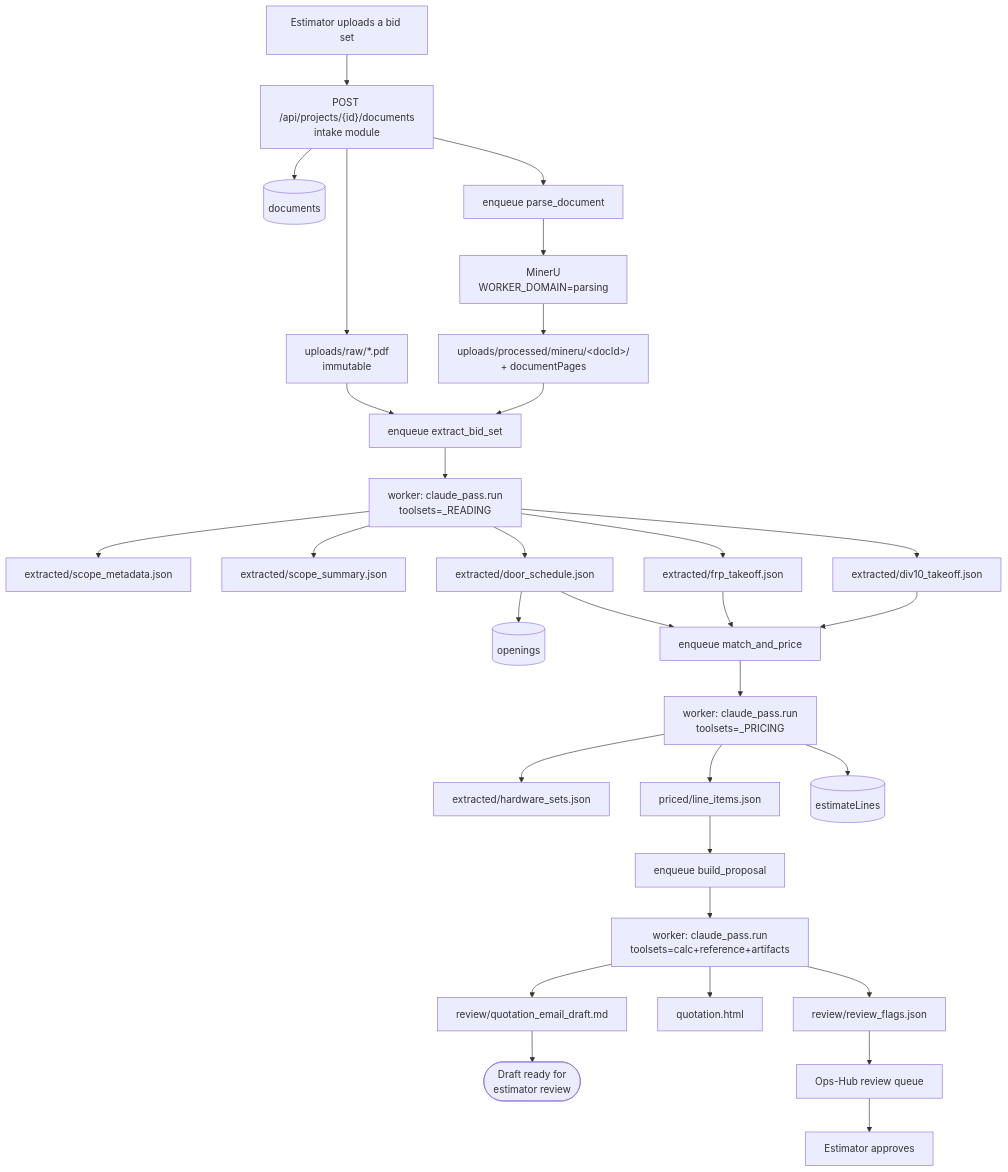
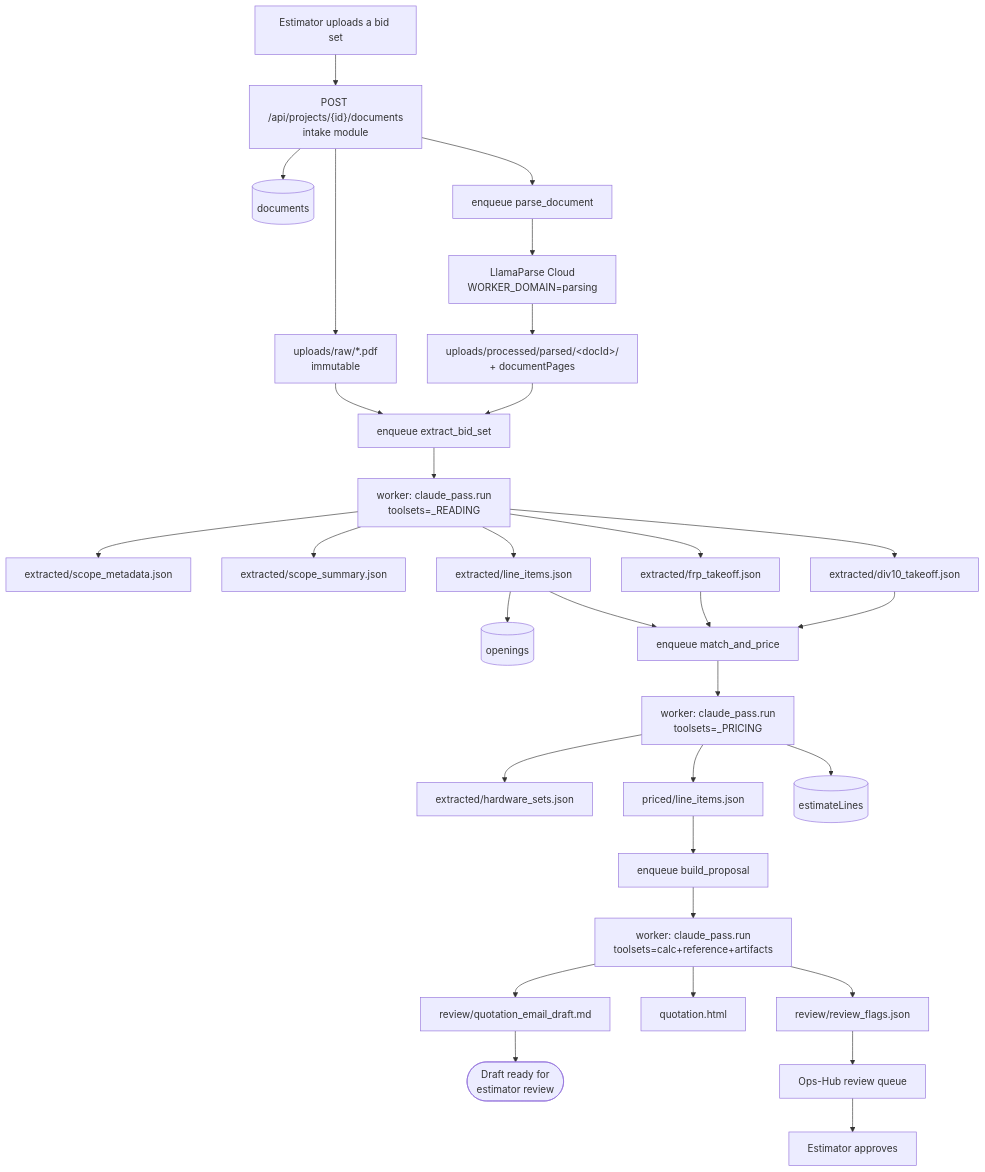
Before and after one commit to ppanchal5698/cbc-final: the first of 7 diagrams in docs/data-flow-diagrams.md, drawn with Mermaid. The commit also changed other lines of this file and 175 other files, not shown here.

````diff
--- a/docs/data-flow-diagrams.md
+++ b/docs/data-flow-diagrams.md
@@ -8,39 +8,39 @@
 ```mermaid
 flowchart TB
   U[Estimator uploads a bid set] --> API["POST /api/projects/{id}/documents<br/>intake module"]
   API --> RAW["uploads/raw/*.pdf<br/>immutable"]
   API --> DOC[(documents)]
   API --> Q1["enqueue parse_document"]
 
-  Q1 --> MIN["MinerU<br/>WORKER_DOMAIN=parsing"]
-  MIN --> BLK["uploads/processed/mineru/&lt;docId&gt;/<br/>+ documentPages"]
+  Q1 --> MIN["LlamaParse Cloud<br/>WORKER_DOMAIN=parsing"]
+  MIN --> BLK["uploads/processed/parsed/&lt;docId&gt;/<br/>+ documentPages"]
 
   RAW --> Q2["enqueue extract_bid_set"]
   BLK --> Q2
   Q2 --> EX["worker: claude_pass.run<br/>toolsets=_READING"]
 
   EX --> M0["extracted/scope_metadata.json"]
   EX --> M1["extracted/scope_summary.json"]
-  EX --> M2["extracted/door_schedule.json"]
+  EX --> M2["extracted/line_items.json"]
   EX --> M3["extracted/frp_takeoff.json"]
   EX --> M4["extracted/div10_takeoff.json"]
   M2 --> OPN[(openings)]
 
   M2 --> Q3["enqueue match_and_price"]
   M3 --> Q3
   M4 --> Q3
   Q3 --> PR["worker: claude_pass.run<br/>toolsets=_PRICING"]
   PR --> M5["extracted/hardware_sets.json"]
   PR --> M6["priced/line_items.json"]
   PR --> LIN[(estimateLines)]
 
   M6 --> Q4["enqueue build_proposal"]
   Q4 --> RV["worker: claude_pass.run<br/>toolsets=calc+reference+artifacts"]
   RV --> M7["review/review_flags.json"]
   RV --> M8["quotation.html"]
   RV --> M9["review/quotation_email_draft.md"]
   M9 --> HALT(["Draft ready for<br/>estimator review"])
 
   M7 --> WEB["Ops-Hub review queue"]
   WEB --> HUMAN[Estimator approves]
 ```
````
